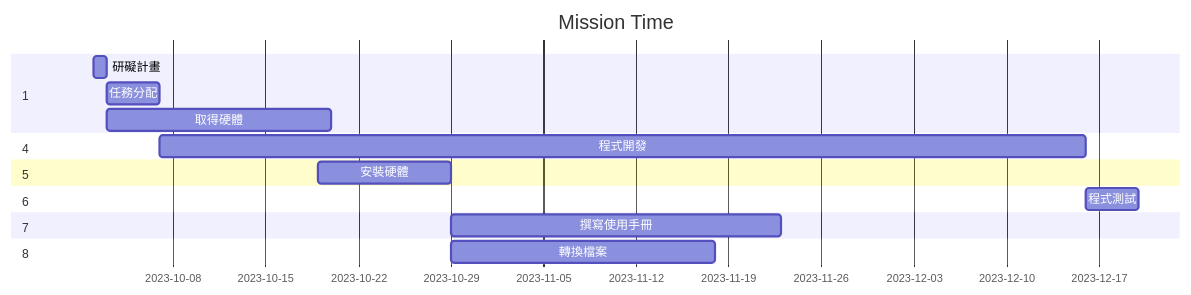
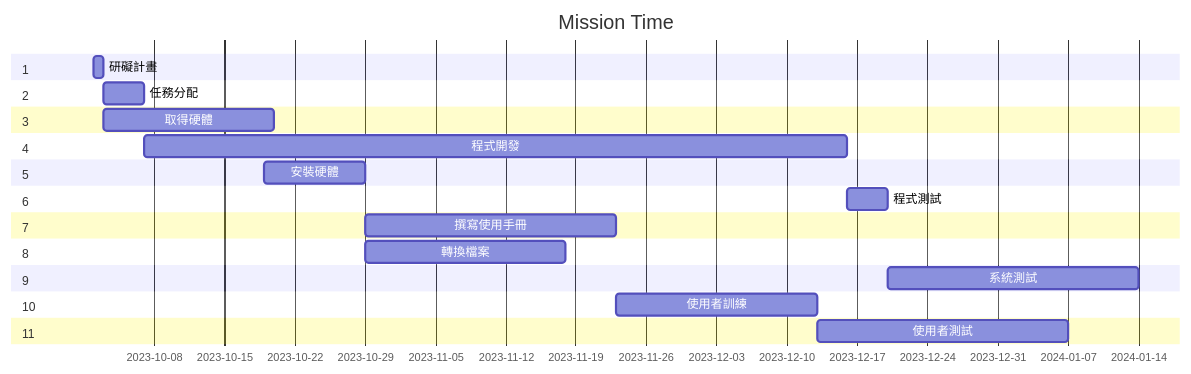
One commit to Landingran/23a changed the diagram in hw2.md. Above: the diagram before and after it, drawn with Mermaid.

````diff
--- a/hw2.md
+++ b/hw2.md
@@ -3,23 +3,31 @@
 ```mermaid
 gantt
     title Mission Time
 
     section 1
     研礙計畫           :a1, 2023-10-02, 1d
+    section 2
     任務分配     :after a1  , 4d
+    section 3
     取得硬體     :after a1  , 17d
     section 4
     程式開發      :a4, 2023-10-7  , 70d
     section 5
     安裝硬體     :a5, 2023-10-19   ,10d
     section 6
-    程式測試    :after a4   ,4d
+    程式測試    :a6, after a4   ,4d
     section 7
-    撰寫使用手冊    :after a5 ,25d
+    撰寫使用手冊    :a7, after a5 ,25d
     section 8
     轉換檔案     :after a5  , 20d
     section 9
+    系統測試     :after a6 , 25d
+    section 10
+    使用者訓練     :a10, after a7 , 20d
+    section 11
+    使用者測試     :after a10 , 25d
+ 
 
 
 
 ```
````
